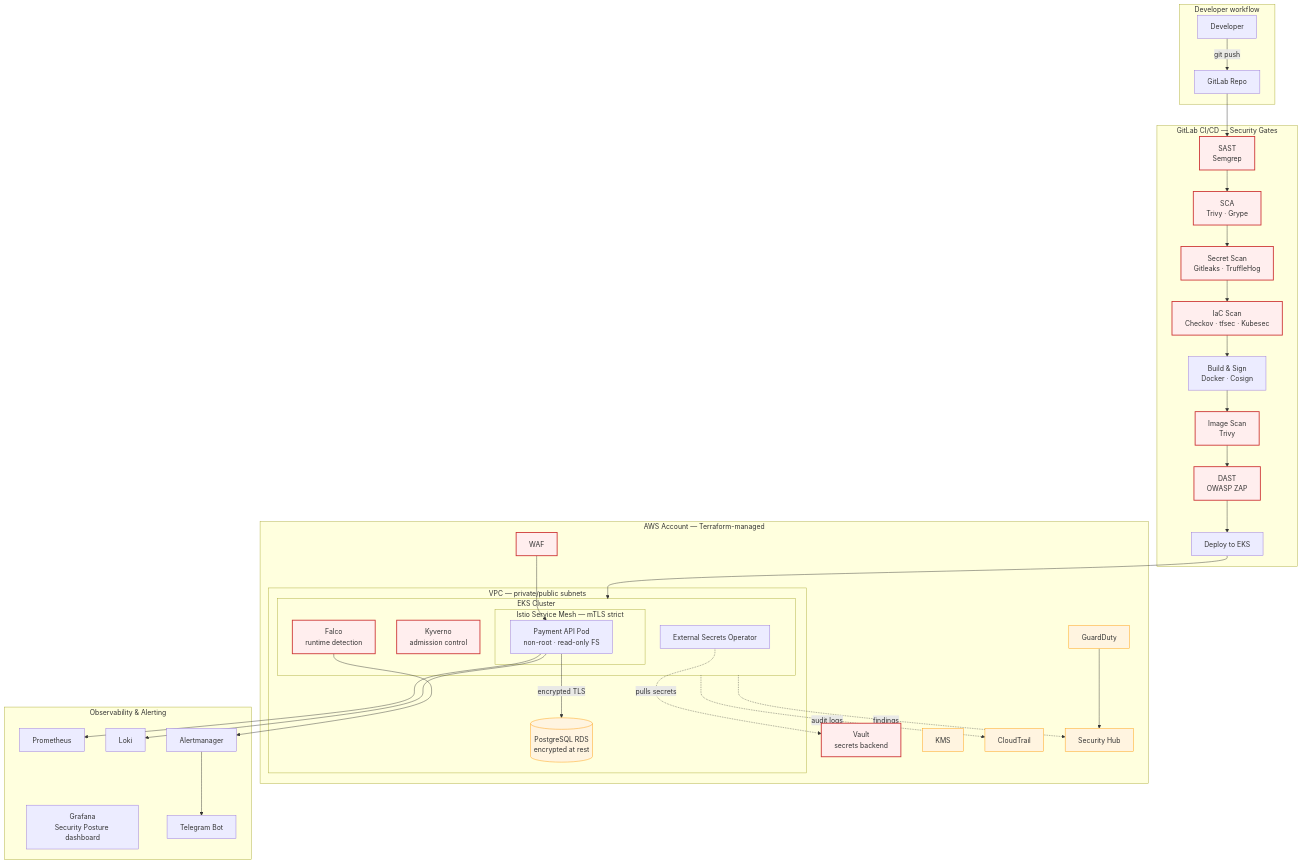
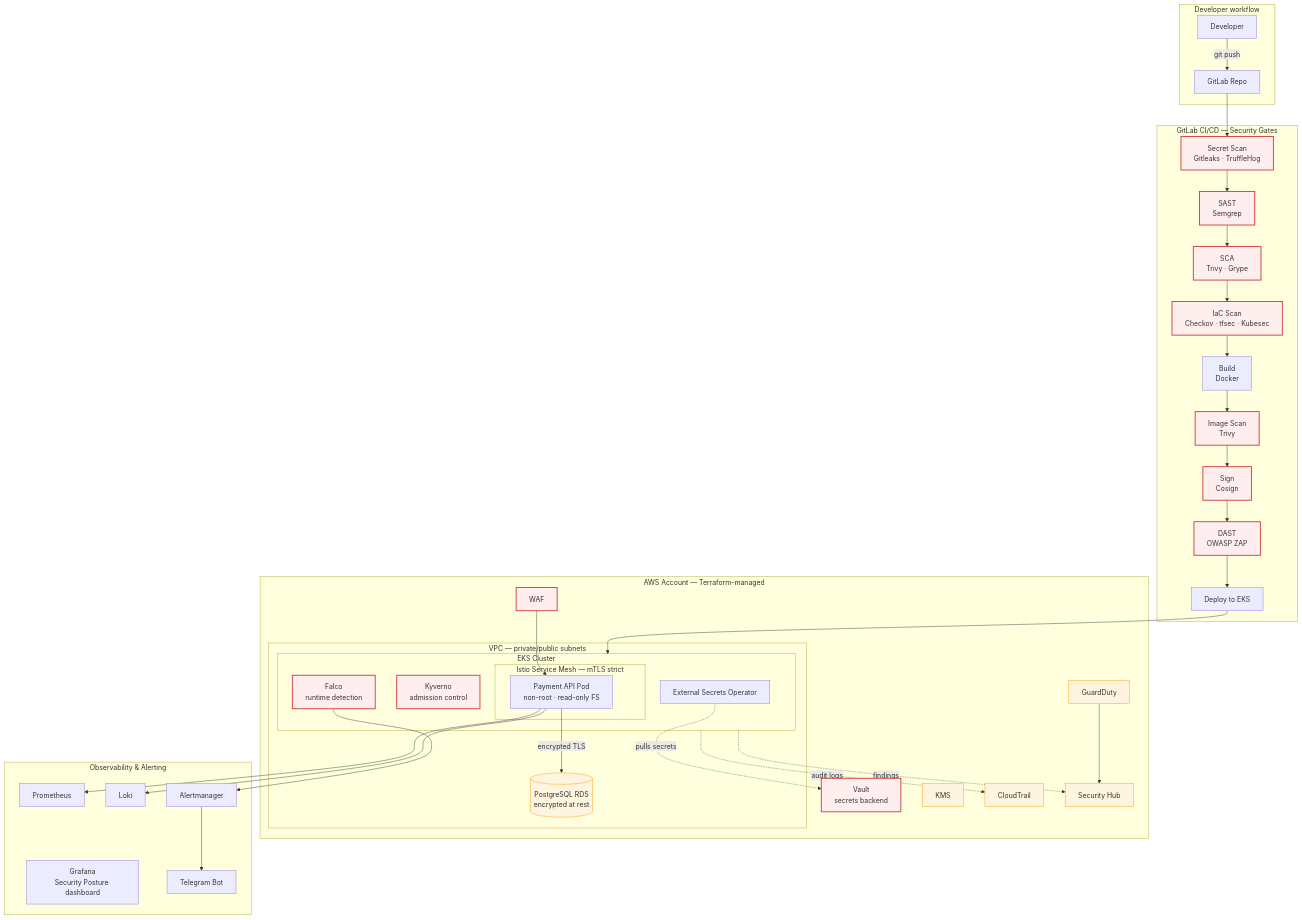
Before and after one commit to poxka/spp: the diagram in README.md, drawn with Mermaid. The commit also changed other lines of this file, not shown here.

Commit message:
readme: huge update to follow the charter

````diff
--- a/README.md
+++ b/README.md
@@ -57,62 +57,63 @@
 ```mermaid
 flowchart TB
     subgraph DEV["Developer workflow"]
         DEV1[Developer] -->|git push| GL[GitLab Repo]
     end
 
     subgraph CI["GitLab CI/CD — Security Gates"]
-        GL --> SAST[SAST<br/>Semgrep]
+        GL --> SECRET[Secret Scan<br/>Gitleaks · TruffleHog]
+        SECRET --> SAST[SAST<br/>Semgrep]
         SAST --> SCA[SCA<br/>Trivy · Grype]
-        SCA --> SECRET[Secret Scan<br/>Gitleaks · TruffleHog]
-        SECRET --> IAC[IaC Scan<br/>Checkov · tfsec · Kubesec]
-        IAC --> BUILD[Build & Sign<br/>Docker · Cosign]
+        SCA --> IAC[IaC Scan<br/>Checkov · tfsec · Kubesec]
+        IAC --> BUILD[Build<br/>Docker]
         BUILD --> IMG[Image Scan<br/>Trivy]
-        IMG --> DAST[DAST<br/>OWASP ZAP]
+        IMG --> SIGN[Sign<br/>Cosign]
+        SIGN --> DAST[DAST<br/>OWASP ZAP]
         DAST --> DEPLOY[Deploy to EKS]
     end
 
     subgraph AWS["AWS Account — Terraform-managed"]
         subgraph VPC["VPC — private/public subnets"]
             subgraph EKS["EKS Cluster"]
                 subgraph MESH["Istio Service Mesh — mTLS strict"]
                     APP[Payment API Pod<br/>non-root · read-only FS]
                 end
                 KYV[Kyverno<br/>admission control]
                 FALCO[Falco<br/>runtime detection]
                 ESO[External Secrets Operator]
             end
             RDS[(PostgreSQL RDS<br/>encrypted at rest)]
         end
         VAULT[Vault<br/>secrets backend]
         KMS[KMS]
         GD[GuardDuty]
         CT[CloudTrail]
         SH[Security Hub]
         WAF[WAF]
     end
 
     subgraph OBS["Observability & Alerting"]
         PROM[Prometheus]
         GRAF[Grafana<br/>Security Posture dashboard]
         LOKI[Loki]
         ALERT[Alertmanager]
         TG[Telegram Bot]
     end
 
     DEPLOY --> EKS
     ESO -.pulls secrets.-> VAULT
     APP -->|encrypted TLS| RDS
     APP --> PROM
     APP --> LOKI
     FALCO --> ALERT
     ALERT --> TG
     WAF --> APP
     EKS -.audit logs.-> CT
     EKS -.findings.-> SH
     GD --> SH
 
     classDef security fill:#fee,stroke:#c33,stroke-width:2px
     classDef aws fill:#fff4e0,stroke:#f90,stroke-width:1px
-    class SAST,SCA,SECRET,IAC,IMG,DAST,KYV,FALCO,WAF,VAULT security
+    class SAST,SCA,SECRET,IAC,IMG,SIGN,DAST,KYV,FALCO,WAF,VAULT security
     class RDS,KMS,GD,CT,SH aws
 ```
````
